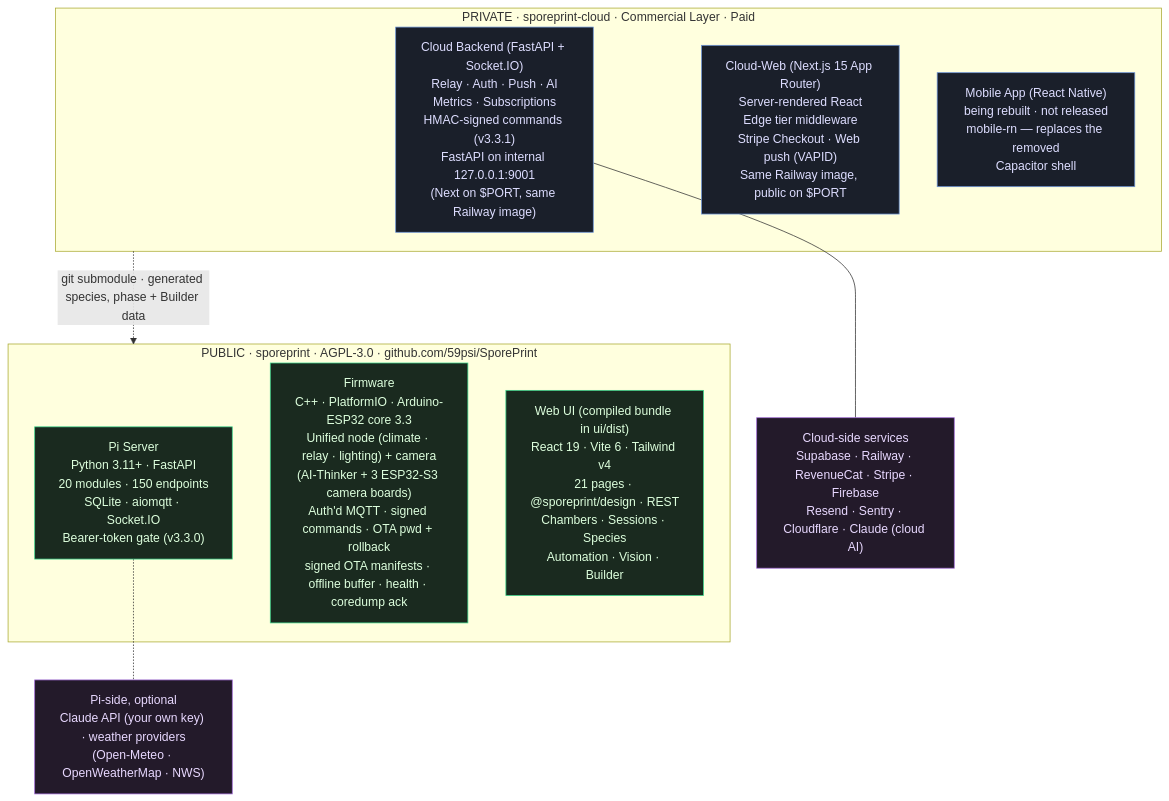
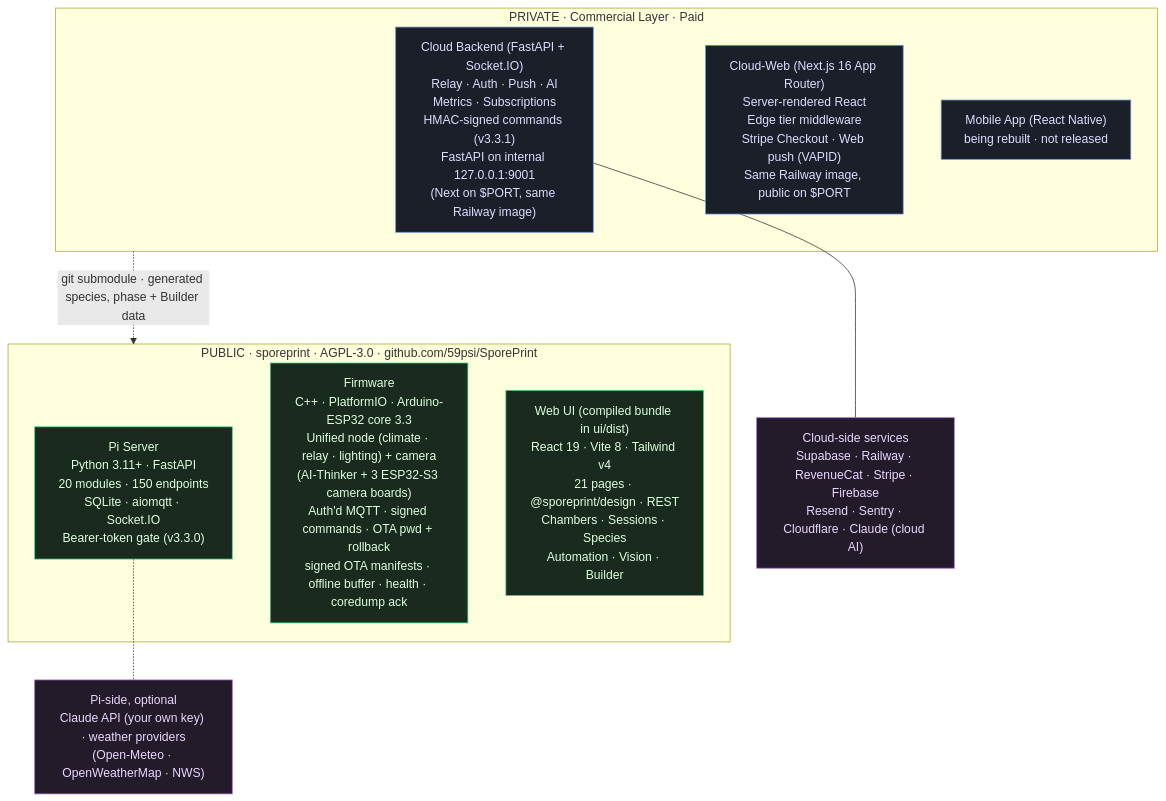
The diagram in docs/dual-repo-architecture.md (59psi/SporePrint), drawn with Mermaid before and after one commit. The commit also changed other lines of this file and 64 other files, not shown here.

````diff
--- a/docs/dual-repo-architecture.md
+++ b/docs/dual-repo-architecture.md
@@ -9,29 +9,29 @@
 ```mermaid
 flowchart TB
     subgraph Public["PUBLIC · sporeprint · AGPL-3.0 · github.com/59psi/SporePrint"]
         Server["Pi Server<br/>Python 3.11+ · FastAPI<br/>20 modules · 150 endpoints<br/>SQLite · aiomqtt · Socket.IO<br/>Bearer-token gate (v3.3.0)"]
         Firmware["Firmware<br/>C++ · PlatformIO · Arduino-ESP32 core 3.3<br/>Unified node (climate · relay · lighting) + camera<br/>(AI-Thinker + 3 ESP32-S3 camera boards)<br/>Auth'd MQTT · signed commands · OTA pwd + rollback<br/>signed OTA manifests · offline buffer · health · coredump ack"]
-        WebUI["Web UI (compiled bundle in ui/dist)<br/>React 19 · Vite 6 · Tailwind v4<br/>21 pages · @sporeprint/design · REST<br/>Chambers · Sessions · Species<br/>Automation · Vision · Builder"]
+        WebUI["Web UI (compiled bundle in ui/dist)<br/>React 19 · Vite 8 · Tailwind v4<br/>21 pages · @sporeprint/design · REST<br/>Chambers · Sessions · Species<br/>Automation · Vision · Builder"]
     end
 
-    subgraph Private["PRIVATE · sporeprint-cloud · Commercial Layer · Paid"]
+    subgraph Private["PRIVATE · Commercial Layer · Paid"]
         Cloud["Cloud Backend (FastAPI + Socket.IO)<br/>Relay · Auth · Push · AI<br/>Metrics · Subscriptions<br/>HMAC-signed commands (v3.3.1)<br/>FastAPI on internal 127.0.0.1:9001<br/>(Next on $PORT, same Railway image)"]
-        CloudWeb["Cloud-Web (Next.js 15 App Router)<br/>Server-rendered React<br/>Edge tier middleware<br/>Stripe Checkout · Web push (VAPID)<br/>Same Railway image, public on $PORT"]
-        Mobile["Mobile App (React Native)<br/>being rebuilt · not released<br/>mobile-rn — replaces the removed<br/>Capacitor shell"]
+        CloudWeb["Cloud-Web (Next.js 16 App Router)<br/>Server-rendered React<br/>Edge tier middleware<br/>Stripe Checkout · Web push (VAPID)<br/>Same Railway image, public on $PORT"]
+        Mobile["Mobile App (React Native)<br/>being rebuilt · not released"]
     end
 
     Private -.->|git submodule · generated species, phase + Builder data| Public
 
     Services["Cloud-side services<br/>Supabase · Railway · RevenueCat · Stripe · Firebase<br/>Resend · Sentry · Cloudflare · Claude (cloud AI)"]
     PiExt["Pi-side, optional<br/>Claude API (your own key) · weather providers<br/>(Open-Meteo · OpenWeatherMap · NWS)"]
 
     Cloud --- Services
     Server -.- PiExt
 
     classDef public fill:#1a2a1f,stroke:#3dd68c,color:#dfd;
     classDef private fill:#1a1f2a,stroke:#6b93d6,color:#ddf;
     classDef svc fill:#231a2a,stroke:#a06bd6,color:#e8d8ff;
     class Server,Firmware,WebUI public;
     class Cloud,CloudWeb,Mobile private;
     class Services,PiExt svc;
 ```
````
